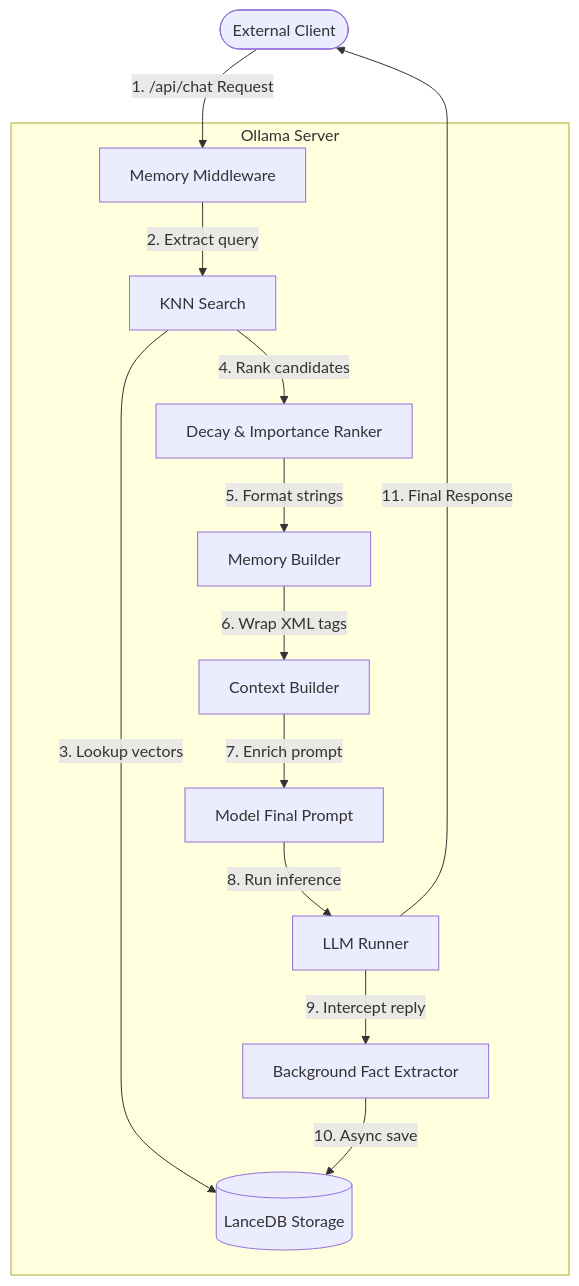
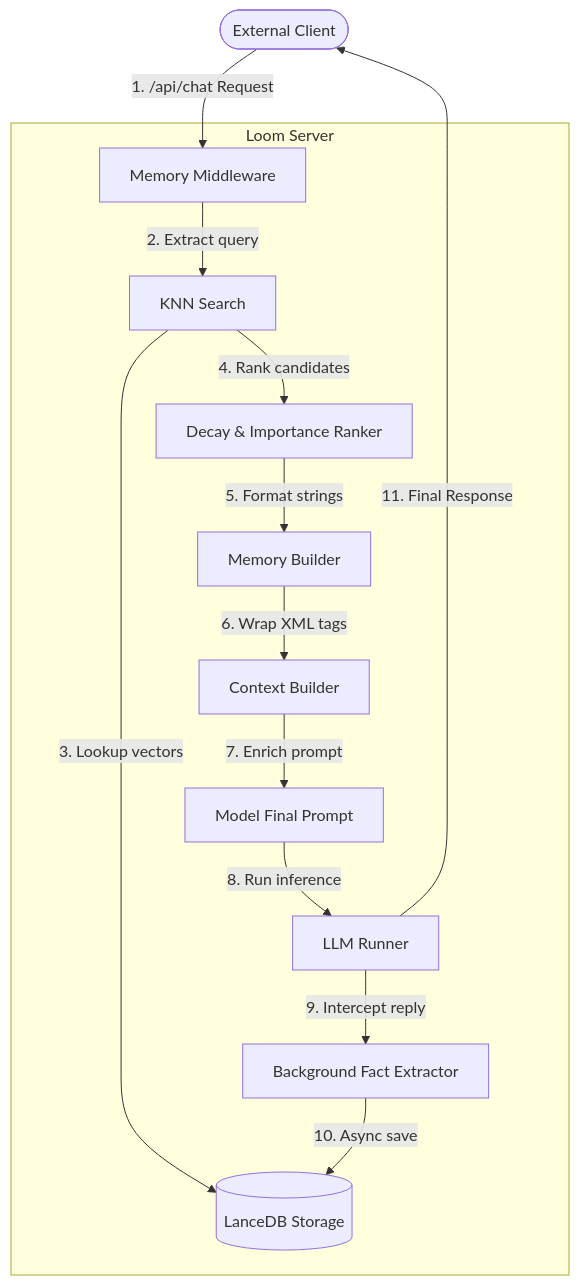
The diagram in memory_integration_contract.md (tuhin-su/ollama-enterprise-runtime), drawn with Mermaid before and after one commit. The commit also changed other lines of this file and 498 other files, not shown here.

````diff
--- a/memory_integration_contract.md
+++ b/memory_integration_contract.md
@@ -11,19 +11,19 @@
 ```mermaid
 graph TD
     User([External Client]) -->|1. /api/chat Request| Middleware[Memory Middleware]
     
-    subgraph Ollama Server
+    subgraph Loom Server
         Middleware -->|2. Extract query| Search[KNN Search]
         Search -->|3. Lookup vectors| LanceDB[(LanceDB Storage)]
         Search -->|4. Rank candidates| Ranker[Decay & Importance Ranker]
         Ranker -->|5. Format strings| MemBuilder[Memory Builder]
         MemBuilder -->|6. Wrap XML tags| ContextBuilder[Context Builder]
         ContextBuilder -->|7. Enrich prompt| FinalPrompt[Model Final Prompt]
         FinalPrompt -->|8. Run inference| LLM[LLM Runner]
         
         LLM -->|9. Intercept reply| Extractor[Background Fact Extractor]
         Extractor -->|10. Async save| LanceDB
     end
     
     LLM -->|11. Final Response| User
 ```
````
